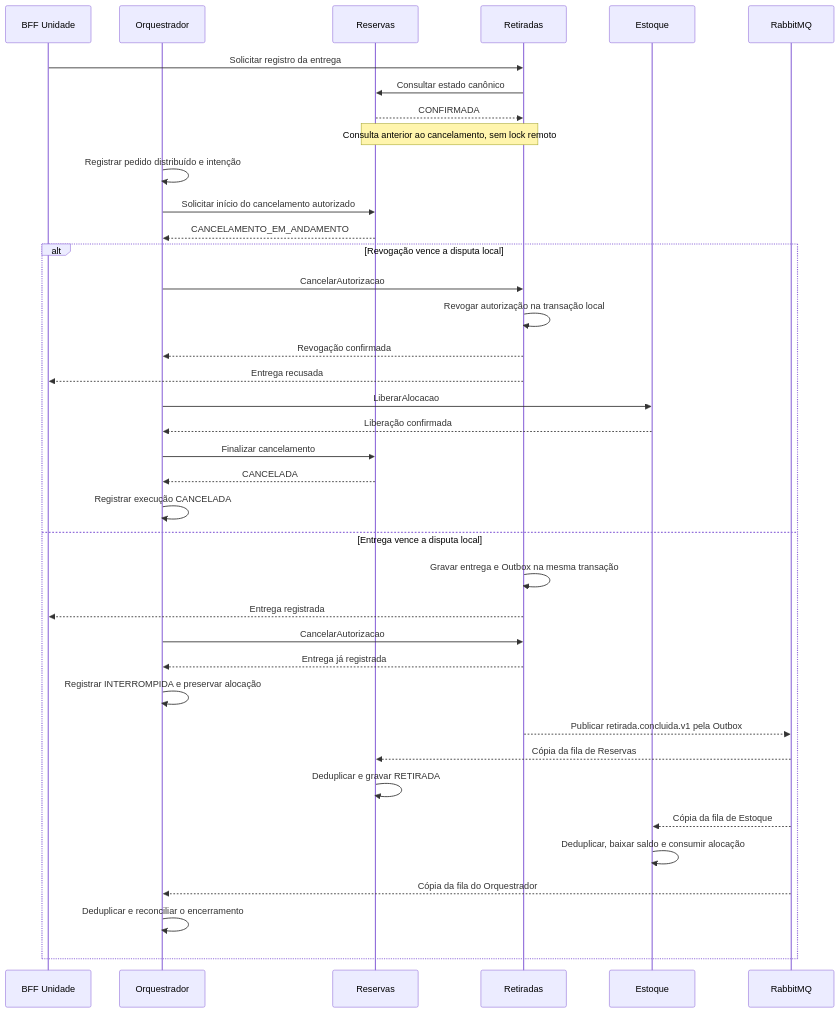
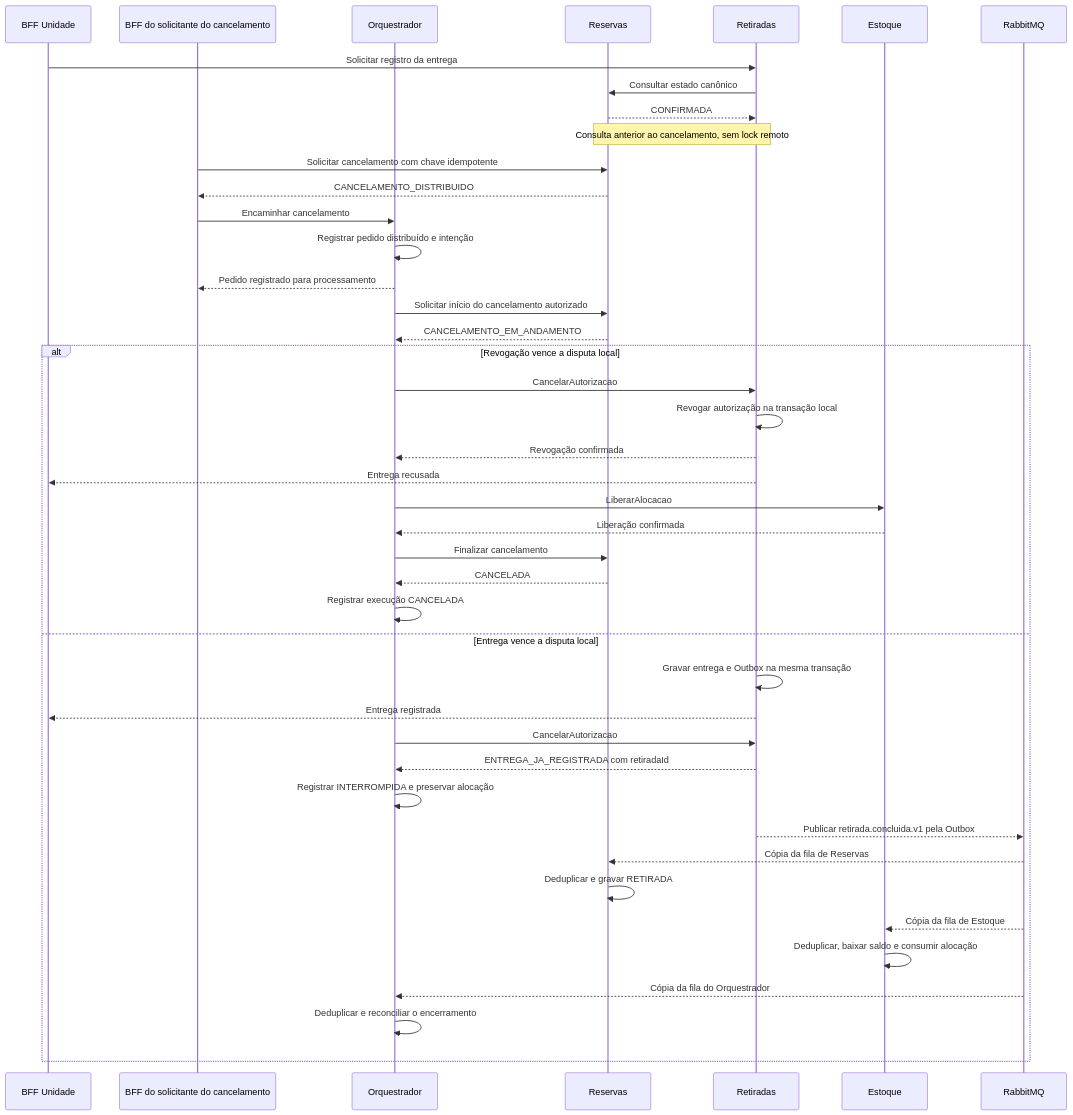
Before and after one commit to ArthurDp78/GlicoAcesso: the diagram in docs/parte-2/diagramas/saga-cancelamento-retirada.md, drawn with Mermaid. The commit also changed 12 other files, not shown here.

````diff
--- a/docs/parte-2/diagramas/saga-cancelamento-retirada.md
+++ b/docs/parte-2/diagramas/saga-cancelamento-retirada.md
@@ -7,40 +7,45 @@
 ```mermaid
 sequenceDiagram
     participant B as BFF Unidade
+    participant C as BFF do solicitante do cancelamento
     participant O as Orquestrador
     participant R as Reservas
     participant T as Retiradas
     participant E as Estoque
     participant Q as RabbitMQ
     B->>T: Solicitar registro da entrega
     T->>R: Consultar estado canônico
     R-->>T: CONFIRMADA
     Note over R,T: Consulta anterior ao cancelamento, sem lock remoto
+    C->>R: Solicitar cancelamento com chave idempotente
+    R-->>C: CANCELAMENTO_DISTRIBUIDO
+    C->>O: Encaminhar cancelamento
     O->>O: Registrar pedido distribuído e intenção
+    O-->>C: Pedido registrado para processamento
     O->>R: Solicitar início do cancelamento autorizado
     R-->>O: CANCELAMENTO_EM_ANDAMENTO
     alt Revogação vence a disputa local
         O->>T: CancelarAutorizacao
         T->>T: Revogar autorização na transação local
         T-->>O: Revogação confirmada
         T-->>B: Entrega recusada
         O->>E: LiberarAlocacao
         E-->>O: Liberação confirmada
         O->>R: Finalizar cancelamento
         R-->>O: CANCELADA
         O->>O: Registrar execução CANCELADA
     else Entrega vence a disputa local
         T->>T: Gravar entrega e Outbox na mesma transação
         T-->>B: Entrega registrada
         O->>T: CancelarAutorizacao
-        T-->>O: Entrega já registrada
+        T-->>O: ENTREGA_JA_REGISTRADA com retiradaId
         O->>O: Registrar INTERROMPIDA e preservar alocação
         T-->>Q: Publicar retirada.concluida.v1 pela Outbox
         Q-->>R: Cópia da fila de Reservas
         R->>R: Deduplicar e gravar RETIRADA
         Q-->>E: Cópia da fila de Estoque
         E->>E: Deduplicar, baixar saldo e consumir alocação
         Q-->>O: Cópia da fila do Orquestrador
         O->>O: Deduplicar e reconciliar o encerramento
     end
 ```
````
